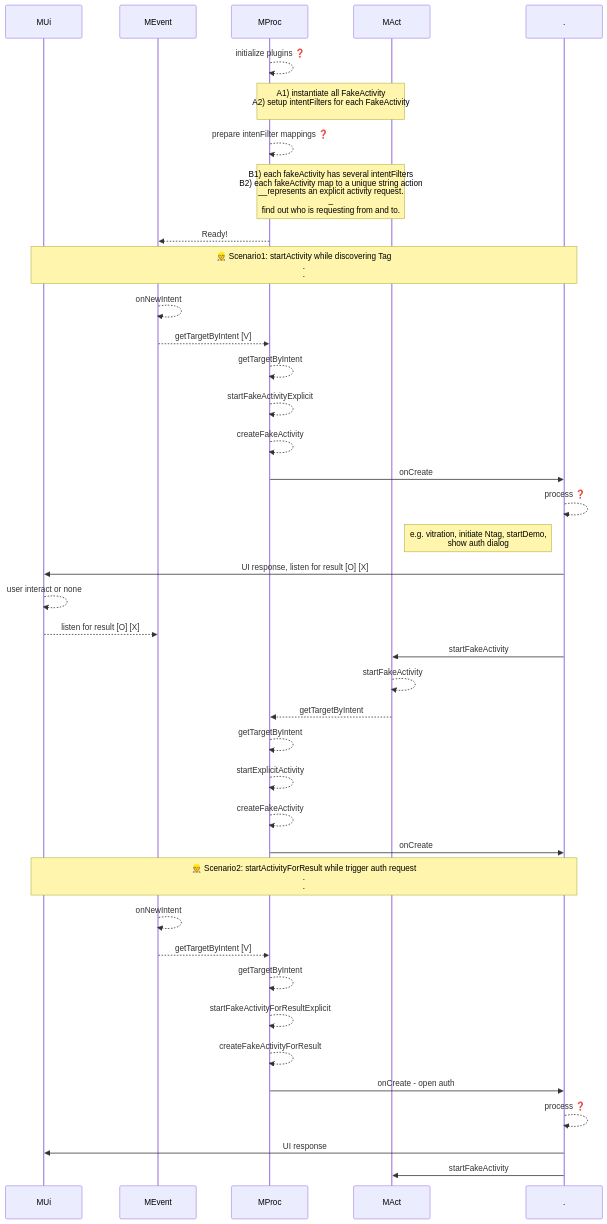
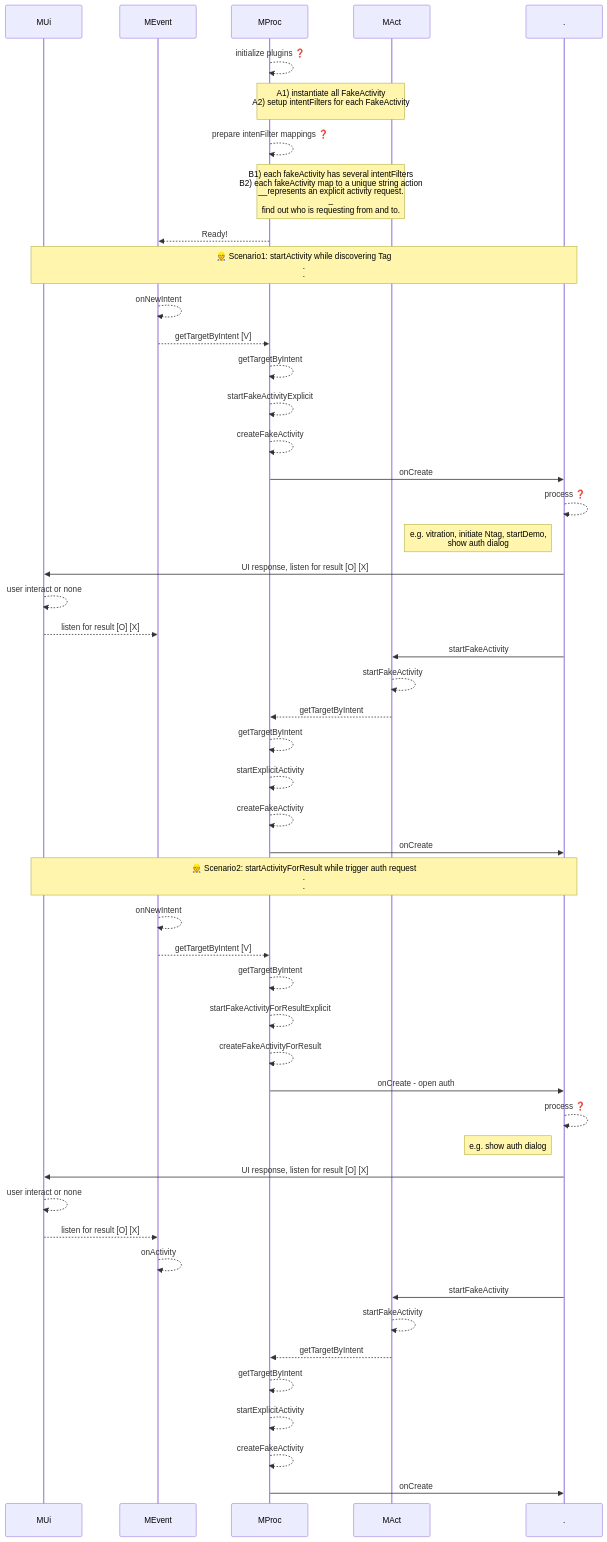
One commit to gordianknotC/nxp_note changed the third of 7 diagrams in flutter/android_to_flutter.md. Above: the diagram before and after it, drawn with Mermaid. The commit also changed other lines of this file, not shown here.

Commit message:
flutter/android_to_flutter.md updated from https://stackedit.io/

````diff
--- a/flutter/android_to_flutter.md
+++ b/flutter/android_to_flutter.md
@@ -52,53 +52,63 @@
 ```mermaid
 sequenceDiagram
 participant MUi
 participant MEvent
 participant MProc
 participant MAct
 participant .
 
 MProc-->>MProc: initialize plugins ❓
 Note over MProc,MAct: A1) instantiate all FakeActivity<br>A2) setup intentFilters for each FakeActivity<br>
 
 MProc-->>MProc: prepare intenFilter mappings ❓
 
 Note over MProc, MAct: B1) each fakeActivity has several intentFilters<br>B2) each fakeActivity map to a unique string action<br>__represents an explicit activity request.<br>_<br> find out who is requesting from and to.
 
 MProc-->>MEvent: Ready!
 
 
 Note over MUi, .: 👷 Scenario1: startActivity while discovering Tag<br>.<br>.
 MEvent-->>MEvent: onNewIntent
 
 MEvent-->>MProc: getTargetByIntent [V]
 MProc-->>MProc: getTargetByIntent
 MProc-->>MProc: startFakeActivityExplicit
 MProc-->>MProc: createFakeActivity
 MProc->> . : onCreate
 . -->> . : process ❓
 Note left of .: e.g. vitration, initiate Ntag, startDemo,<br>show auth dialog
 . ->> MUi: UI response, listen for result [O] [X]
 MUi -->> MUi: user interact or none
 MUi -->> MEvent: listen for result  [O] [X]
 . ->> MAct: startFakeActivity
 MAct -->> MAct: startFakeActivity
 MAct -->> MProc: getTargetByIntent
 MProc -->> MProc: getTargetByIntent
 MProc -->> MProc: startExplicitActivity
 MProc -->> MProc: createFakeActivity
 MProc ->> . : onCreate
 
 
 Note over MUi, .: 👷 Scenario2: startActivityForResult while trigger auth request<br>.<br>.
 MEvent-->>MEvent: onNewIntent
 MEvent-->>MProc: getTargetByIntent [V]
 MProc-->>MProc: getTargetByIntent
 MProc-->>MProc: startFakeActivityForResultExplicit
 MProc-->>MProc: createFakeActivityForResult
 MProc->> . : onCreate - open auth
 . -->> . : process ❓
-. ->> MUi: UI response
+Note left of .: e.g. show auth dialog
+. ->> MUi: UI response, listen for result [O] [X]
+MUi -->> MUi: user interact or none
+MUi -->> MEvent: listen for result  [O] [X]
+MEvent -->> MEvent: onActivity
 . ->> MAct: startFakeActivity
+MAct -->> MAct: startFakeActivity
+MAct -->> MProc: getTargetByIntent
+MProc -->> MProc: getTargetByIntent
+MProc -->> MProc: startExplicitActivity
+MProc -->> MProc: createFakeActivity
+MProc ->> . : onCreate
 
 
 ```
````
